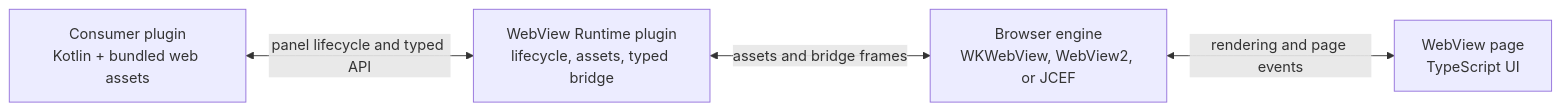
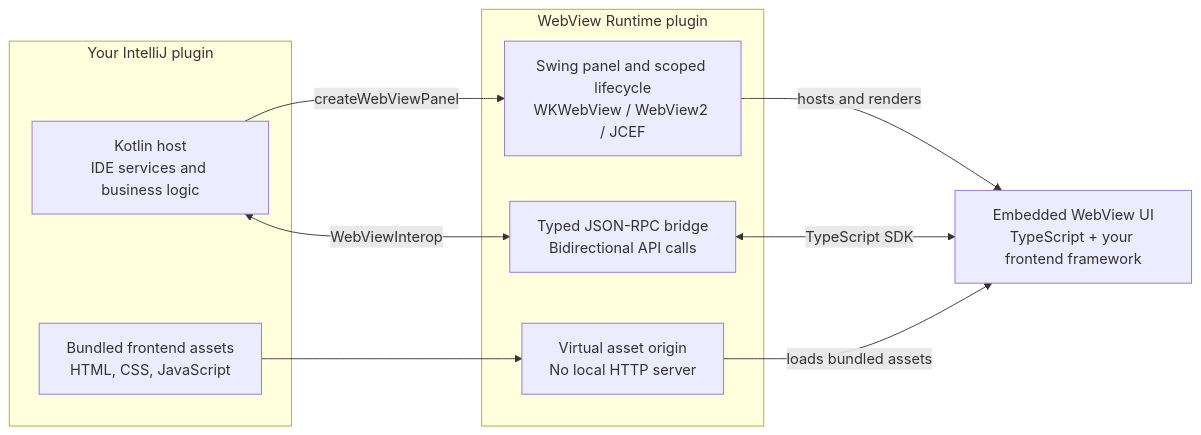
One commit to nerzhulart/intellij-webview changed the diagram in README.md. Above: the diagram before and after it, drawn with Mermaid. The commit also changed other lines of this file and 2 other files, not shown here.

Commit message:
docs(ci): add platform badges and test master pushes (#57)

````diff
--- a/README.md
+++ b/README.md
@@ -16,11 +24,22 @@
 ```mermaid
 flowchart LR
-  Consumer["Consumer plugin\nKotlin + bundled web assets"]
-  Runtime["WebView Runtime plugin\nlifecycle, assets, typed bridge"]
-  Page["WebView page\nTypeScript UI"]
-  Engine["Browser engine\nWKWebView, WebView2, or JCEF"]
+  subgraph Plugin["Your IntelliJ plugin"]
+    Host["Kotlin host<br/>IDE services and business logic"]
+    Assets["Bundled frontend assets<br/>HTML, CSS, JavaScript"]
+  end
 
-  Consumer <-->|panel lifecycle and typed API| Runtime
-  Runtime <-->|assets and bridge frames| Engine
-  Engine <-->|rendering and page events| Page
+  subgraph Runtime["WebView Runtime plugin"]
+    Panel["Swing panel and scoped lifecycle<br/>WKWebView / WebView2 / JCEF"]
+    Bridge["Typed JSON-RPC bridge<br/>Bidirectional API calls"]
+    Origin["Virtual asset origin<br/>No local HTTP server"]
+  end
+
+  UI["Embedded WebView UI<br/>TypeScript + your frontend framework"]
+
+  Host -->|createWebViewPanel| Panel
+  Panel -->|hosts and renders| UI
+  Host <-->|WebViewInterop| Bridge
+  Bridge <-->|TypeScript SDK| UI
+  Assets --> Origin
+  Origin -->|loads bundled assets| UI
 ```
````
